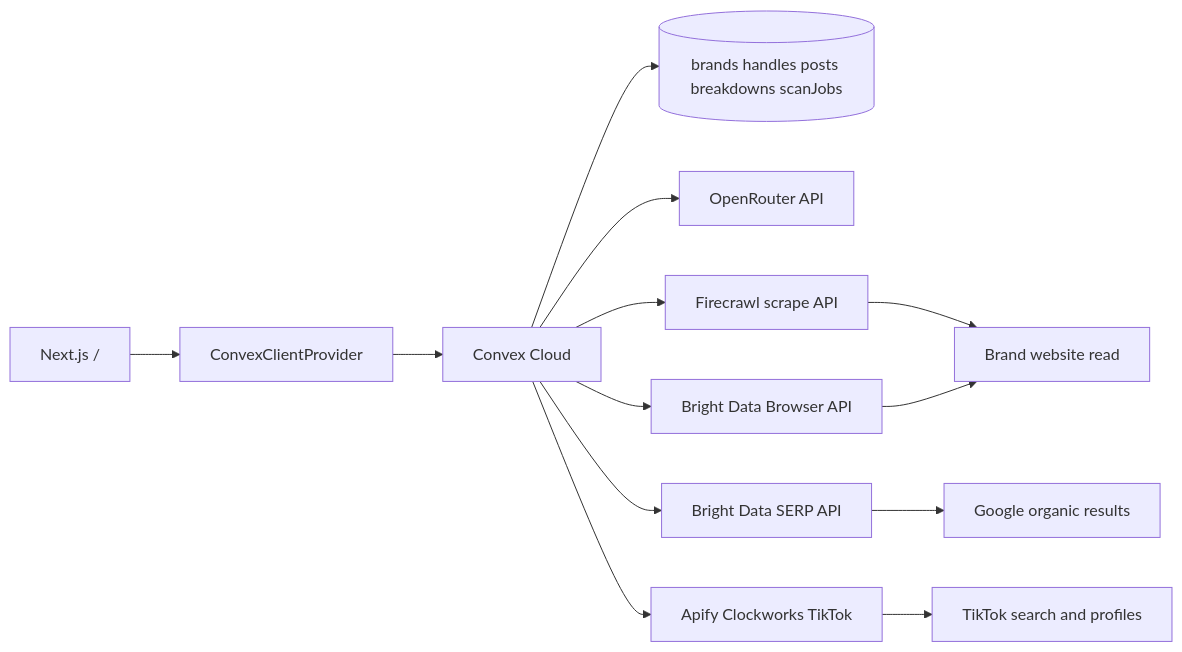
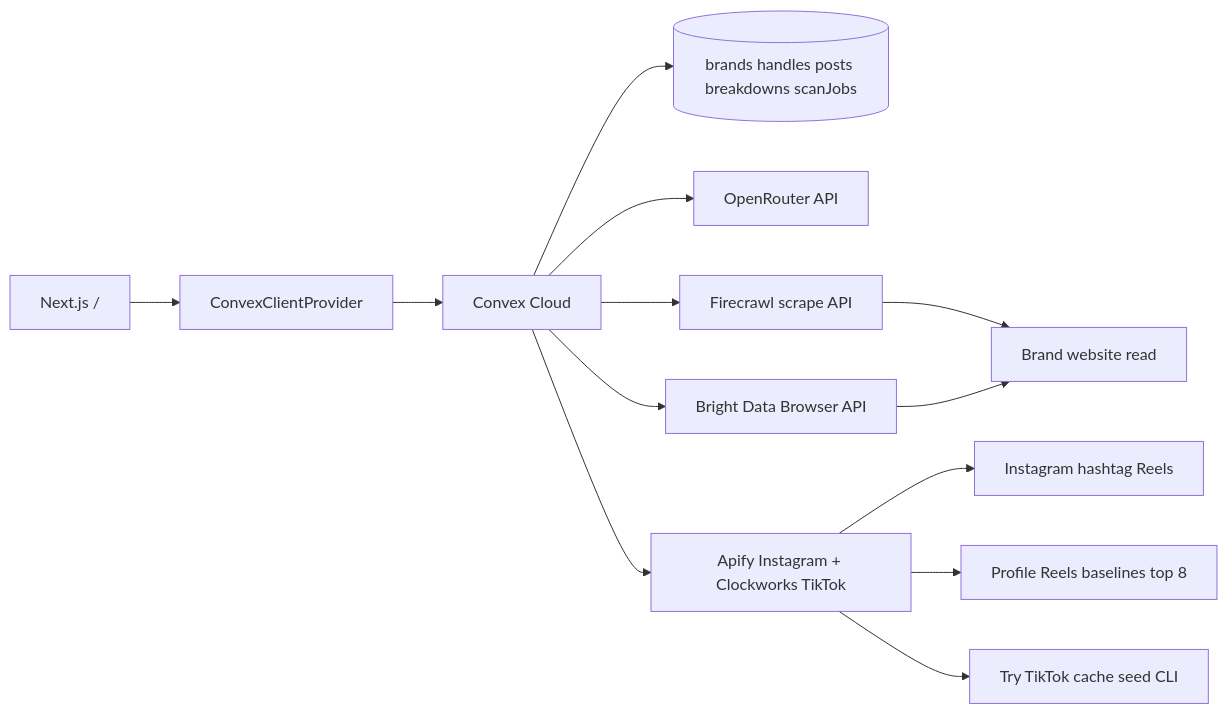
One commit to sid-kiwilab/viralradar changed the diagram in docs/LIVE.md. Above: the diagram before and after it, drawn with Mermaid. The commit also changed other lines of this file and 57 other files, not shown here.

First line of the commit message:
Ship Instagram Reels live scan and public showcase gate.

````diff
--- a/docs/LIVE.md
+++ b/docs/LIVE.md
@@ -35,15 +35,15 @@
 ```mermaid
 flowchart LR
   Home["Next.js /"] --> ConvexClient[ConvexClientProvider]
   ConvexClient --> ConvexCloud[Convex Cloud]
   ConvexCloud --> Schema[(brands handles posts breakdowns scanJobs)]
   ConvexCloud --> OpenRouter[OpenRouter API]
   ConvexCloud --> Firecrawl[Firecrawl scrape API]
   ConvexCloud --> BrowserAPI[Bright Data Browser API]
-  ConvexCloud --> SerpAPI[Bright Data SERP API]
-  ConvexCloud --> Apify[Apify Clockworks TikTok]
+  ConvexCloud --> Apify[Apify Instagram + Clockworks TikTok]
   Firecrawl --> BrandSite[Brand website read]
   BrowserAPI --> BrandSite
-  SerpAPI --> GoogleSearch[Google organic results]
-  Apify --> TikTok[TikTok search and profiles]
+  Apify --> Reels[Instagram hashtag Reels]
+  Apify --> ProfileBaselines[Profile Reels baselines top 8]
+  Apify --> TikTok[Try TikTok cache seed CLI]
 ```
````
